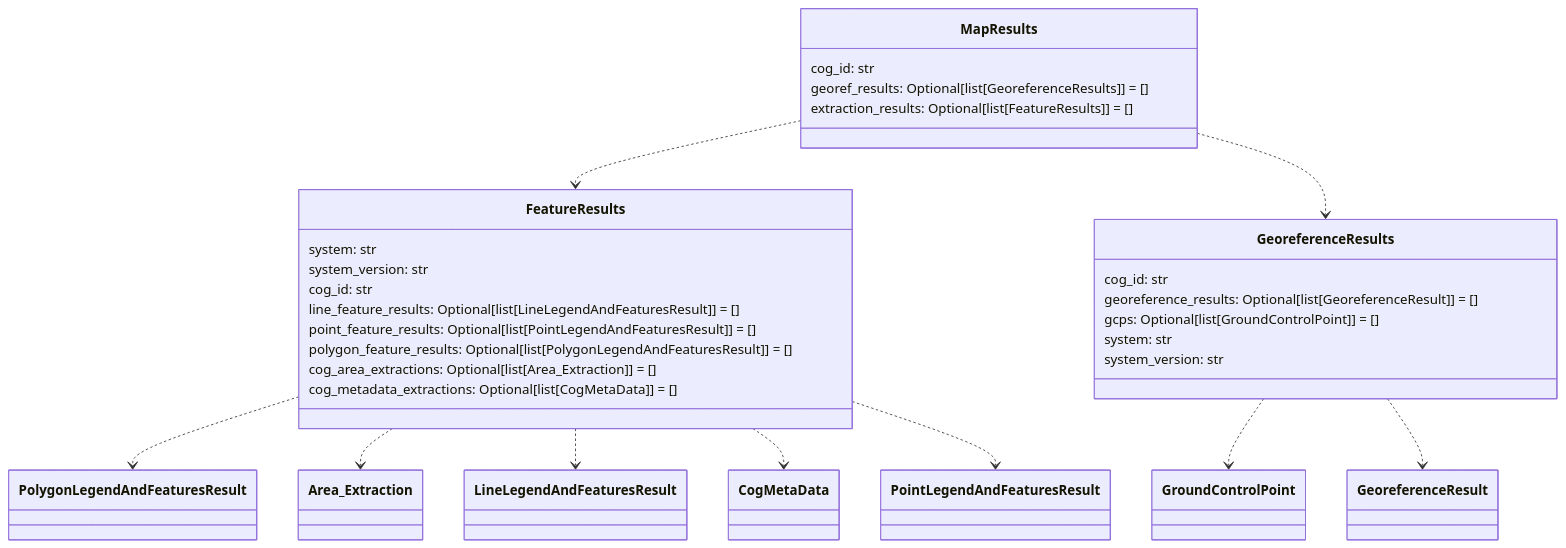
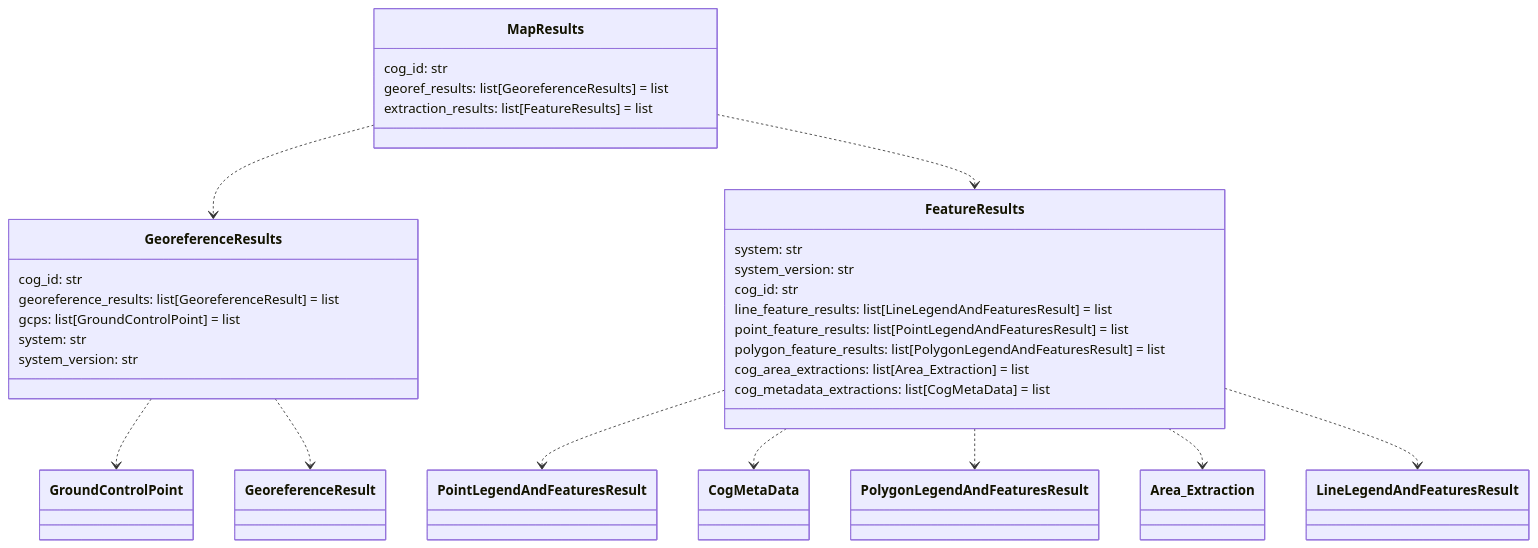
One commit to DARPA-CRITICALMAAS/cdr_schemas changed diagram 11 of 12 in README.md. Above: the diagram before and after it, drawn with Mermaid. The commit also changed other lines of this file and 7 other files, not shown here.

````diff
--- a/README.md
+++ b/README.md
@@ -905,40 +905,40 @@
 ```mermaid
 classDiagram
 
     class MapResults {
         cog_id: str
-        georef_results: Optional[list[GeoreferenceResults]] = []
-        extraction_results: Optional[list[FeatureResults]] = []
+        georef_results: list[GeoreferenceResults] = list
+        extraction_results: list[FeatureResults] = list
+    }
+
+    class GeoreferenceResults {
+        cog_id: str
+        georeference_results: list[GeoreferenceResult] = list
+        gcps: list[GroundControlPoint] = list
+        system: str
+        system_version: str
     }
 
     class FeatureResults {
         system: str
         system_version: str
         cog_id: str
-        line_feature_results: Optional[list[LineLegendAndFeaturesResult]] = []
-        point_feature_results: Optional[list[PointLegendAndFeaturesResult]] = []
-        polygon_feature_results: Optional[list[PolygonLegendAndFeaturesResult]] = []
-        cog_area_extractions: Optional[list[Area_Extraction]] = []
-        cog_metadata_extractions: Optional[list[CogMetaData]] = []
+        line_feature_results: list[LineLegendAndFeaturesResult] = list
+        point_feature_results: list[PointLegendAndFeaturesResult] = list
+        polygon_feature_results: list[PolygonLegendAndFeaturesResult] = list
+        cog_area_extractions: list[Area_Extraction] = list
+        cog_metadata_extractions: list[CogMetaData] = list
     }
 
-    class GeoreferenceResults {
-        cog_id: str
-        georeference_results: Optional[list[GeoreferenceResult]] = []
-        gcps: Optional[list[GroundControlPoint]] = []
-        system: str
-        system_version: str
-    }
-
+    FeatureResults ..> PointLegendAndFeaturesResult
+    FeatureResults ..> CogMetaData
     FeatureResults ..> PolygonLegendAndFeaturesResult
     FeatureResults ..> Area_Extraction
     FeatureResults ..> LineLegendAndFeaturesResult
-    FeatureResults ..> CogMetaData
-    FeatureResults ..> PointLegendAndFeaturesResult
     GeoreferenceResults ..> GroundControlPoint
     GeoreferenceResults ..> GeoreferenceResult
+    MapResults ..> GeoreferenceResults
     MapResults ..> FeatureResults
-    MapResults ..> GeoreferenceResults
 
 
 ```
````
